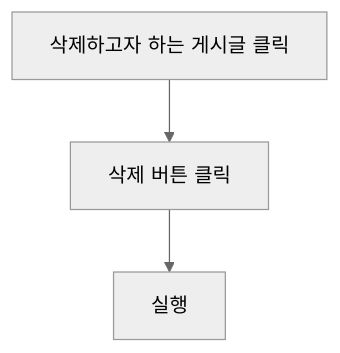
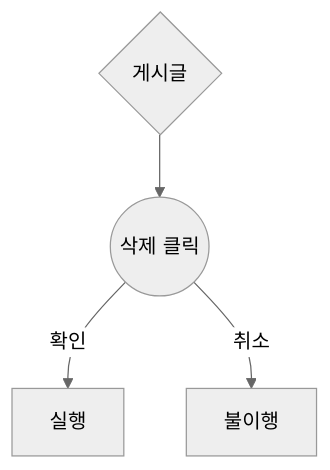
The second of 3 diagrams in 글쓰기/기능정의서.md (95126m/OnboardingProject), drawn with Mermaid (neutral theme) before and after one commit. The commit also changed other lines of this file, not shown here.

````diff
--- a/글쓰기/기능정의서.md
+++ b/글쓰기/기능정의서.md
@@ -41,5 +42,5 @@
 ```mermaid
 flowchart TD
-    A[삭제하고자 하는 게시글 클릭] --> B[삭제 버튼 클릭]
-    B --> C[실행]
+A{게시글} --> b((삭제 클릭)) -- 확인 --> c[실행]
+b((삭제 클릭)) -- 취소 --> d[불이행]
 ```
````
